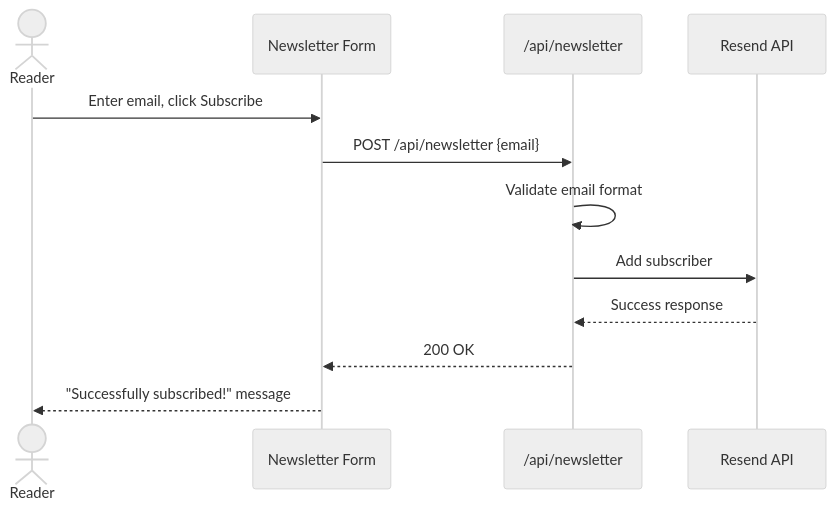
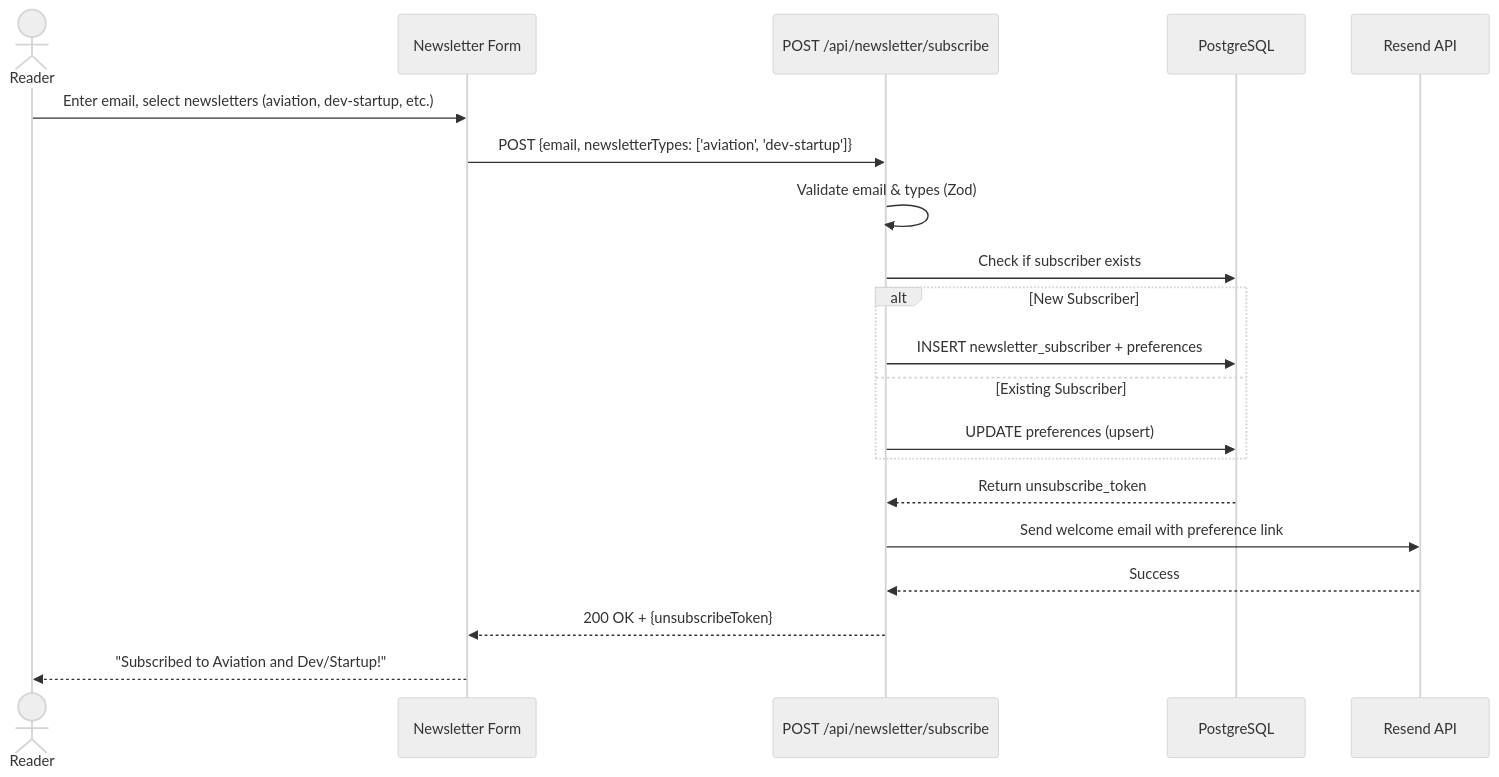
One commit to marcusgoll/marcusgoll changed the fourth of 7 diagrams in docs/project/system-architecture.md. Above: the diagram before and after it, drawn with Mermaid (neutral theme). The commit also changed other lines of this file and 3 other files, not shown here.

````diff
--- a/docs/project/system-architecture.md
+++ b/docs/project/system-architecture.md
@@ -166,15 +173,23 @@
 ```mermaid
 sequenceDiagram
     actor Reader
     participant Form as Newsletter Form
-    participant API as /api/newsletter
+    participant API as POST /api/newsletter/subscribe
+    participant DB as PostgreSQL
     participant Resend as Resend API
 
-    Reader->>Form: Enter email, click Subscribe
-    Form->>API: POST /api/newsletter {email}
-    API->>API: Validate email format
-    API->>Resend: Add subscriber
-    Resend-->>API: Success response
-    API-->>Form: 200 OK
-    Form-->>Reader: "Successfully subscribed!" message
+    Reader->>Form: Enter email, select newsletters (aviation, dev-startup, etc.)
+    Form->>API: POST {email, newsletterTypes: ['aviation', 'dev-startup']}
+    API->>API: Validate email & types (Zod)
+    API->>DB: Check if subscriber exists
+    alt New Subscriber
+        API->>DB: INSERT newsletter_subscriber + preferences
+    else Existing Subscriber
+        API->>DB: UPDATE preferences (upsert)
+    end
+    DB-->>API: Return unsubscribe_token
+    API->>Resend: Send welcome email with preference link
+    Resend-->>API: Success
+    API-->>Form: 200 OK + {unsubscribeToken}
+    Form-->>Reader: "Subscribed to Aviation and Dev/Startup!"
 ```
````
